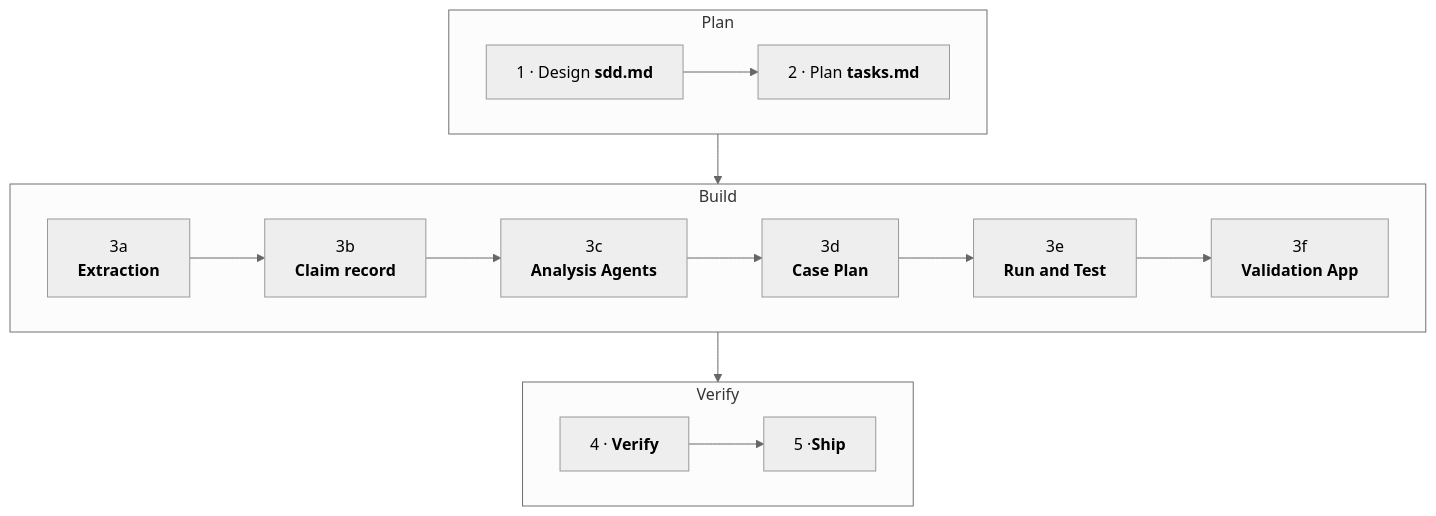
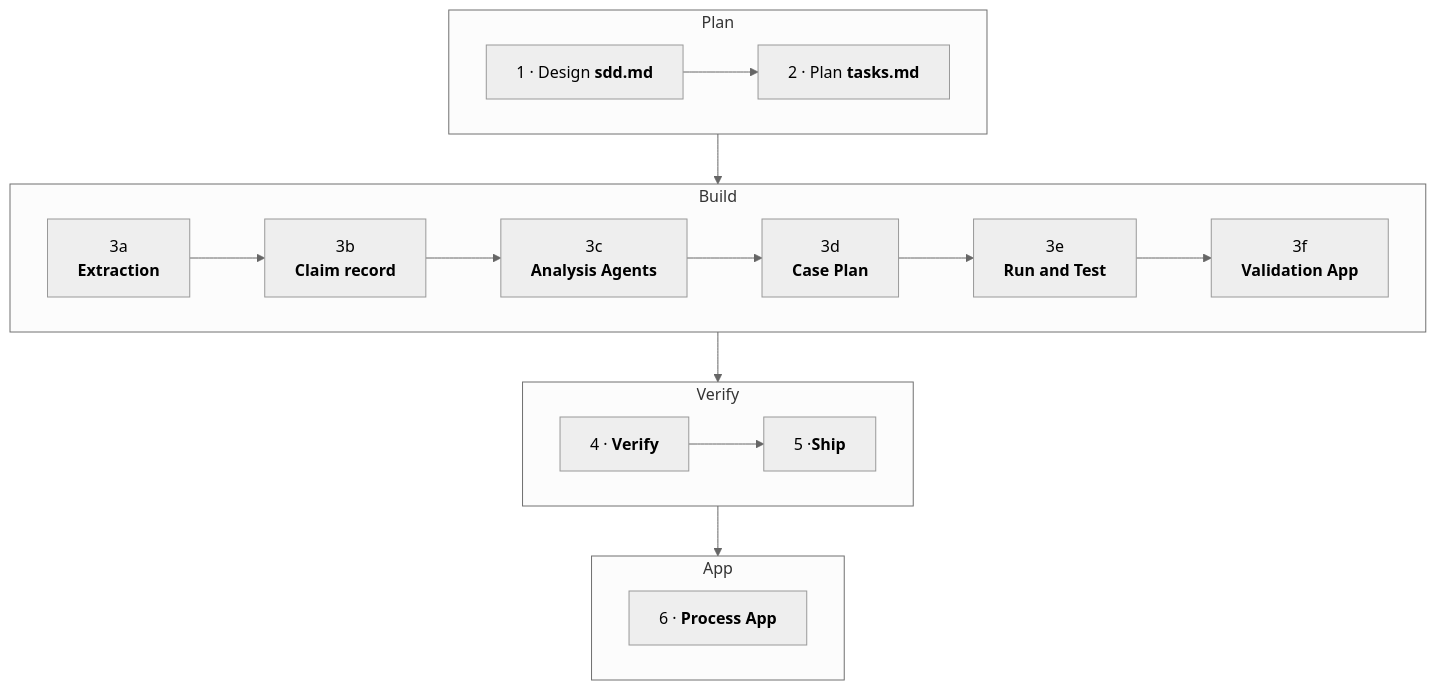
Before and after one commit to uipath-practice/ClaimCaseWorkshop: the diagram in docs/prepare/2-how-the-workshop-runs.md, drawn with Mermaid (neutral theme). The commit also changed other lines of this file and 10 other files, not shown here.

First line of the commit message:
App section: the Process App lesson, plus the seed-bump repairs it exposed

````diff
--- a/docs/prepare/2-how-the-workshop-runs.md
+++ b/docs/prepare/2-how-the-workshop-runs.md
@@ -9,21 +9,27 @@
 ```mermaid
 flowchart TD
     subgraph P ["Plan"]
         direction LR
         D["1 · Design <b>sdd.md</b>"] --> PL["2 · Plan <b>tasks.md</b>"]
     end
 
     subgraph B ["Build"]
         direction LR
         A3["3a<br><b>Extraction</b>"] --> B3["3b<br><b>Claim record</b>"] --> C3["3c<br><b>Analysis Agents</b>"] --> D3["3d<br><b>Case Plan</b>"] --> E3["3e<br><b>Run and Test</b>"] --> F3["3f<br><b>Validation App</b>"]
     end
 
     subgraph V ["Verify"]
         direction LR
         V4["4 · <b>Verify</b>"] --> S5["5 ·<b>Ship</b>"]
     end
 
+    subgraph AP ["App"]
+        direction LR
+        A6["6 · <b>Process App</b>"]
+    end
+
     %% Direct vertical connections between the blocks
     P --> B
     B --> V
+    V --> AP
 ```    
````
